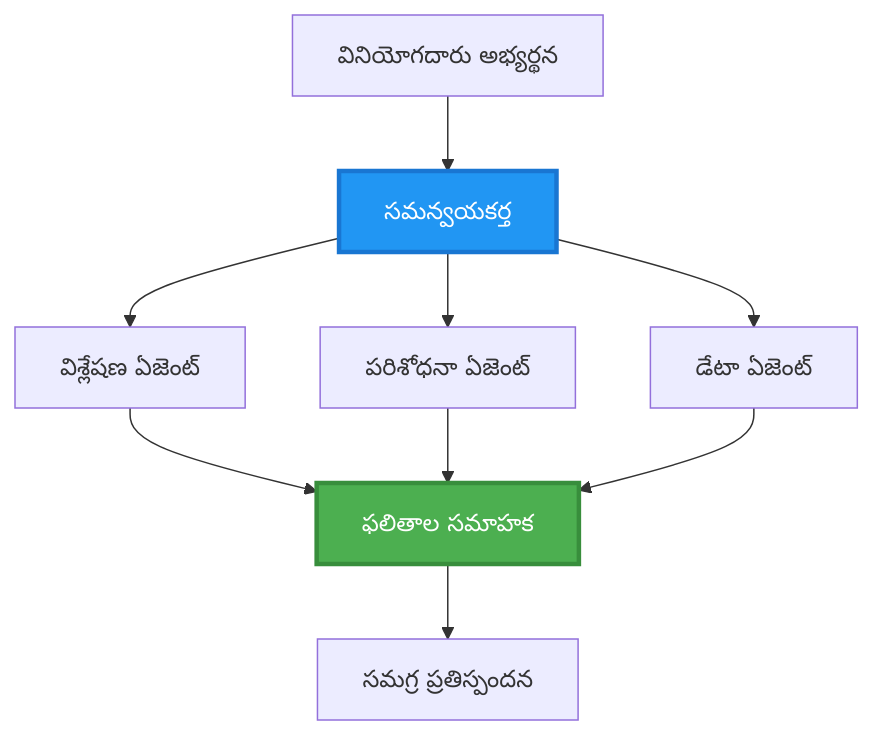
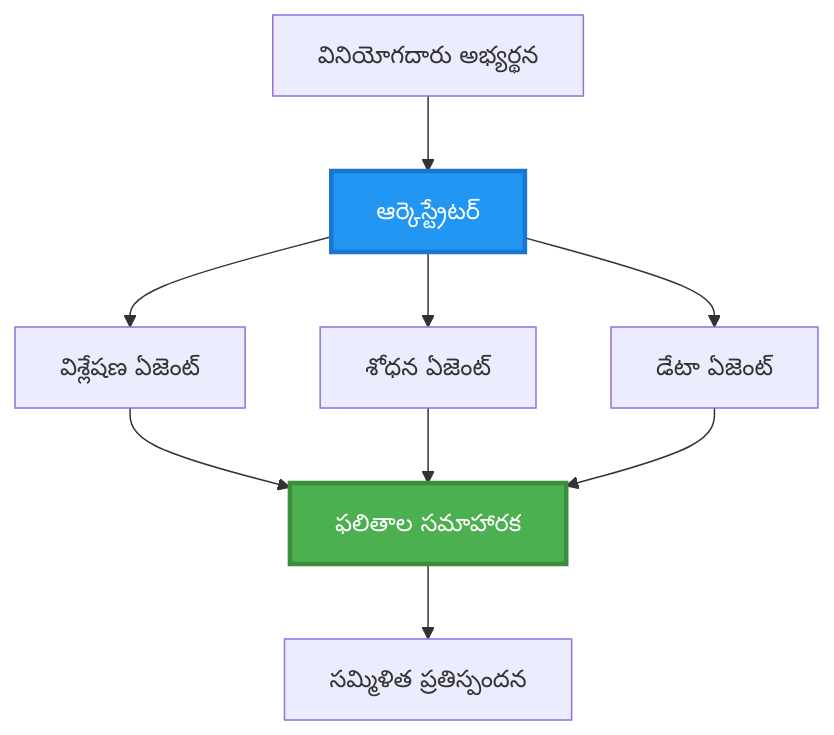
The second of 6 diagrams in translations/te/docs/chapter-06-pre-deployment/coordination-patterns.md (microsoft/AZD-for-beginners), drawn with Mermaid before and after one commit. The commit also changed other lines of this file and 102 other files, not shown here.

````diff
--- a/translations/te/docs/chapter-06-pre-deployment/coordination-patterns.md
+++ b/translations/te/docs/chapter-06-pre-deployment/coordination-patterns.md
@@ -106,22 +100,22 @@
 ```mermaid
 graph TB
     User[వినియోగదారు అభ్యర్థన]
-    Orchestrator[సమన్వయకర్త]
+    Orchestrator[ఆర్కెస్ట్రేటర్]
     Agent1[విశ్లేషణ ఏజెంట్]
-    Agent2[పరిశోధనా ఏజెంట్]
+    Agent2[శోధన ఏజెంట్]
     Agent3[డేటా ఏజెంట్]
-    Aggregator[ఫలితాల సమాహక]
-    Response[సమగ్ర ప్రతిస్పందన]
+    Aggregator[ఫలితాల సమాహారక]
+    Response[సమ్మిళిత ప్రతిస్పందన]
     
     User --> Orchestrator
     Orchestrator --> Agent1
     Orchestrator --> Agent2
     Orchestrator --> Agent3
     Agent1 --> Aggregator
     Agent2 --> Aggregator
     Agent3 --> Aggregator
     Aggregator --> Response
     
     style Orchestrator fill:#2196F3,stroke:#1976D2,stroke-width:3px,color:#fff
     style Aggregator fill:#4CAF50,stroke:#388E3C,stroke-width:3px,color:#fff
 ```
````
